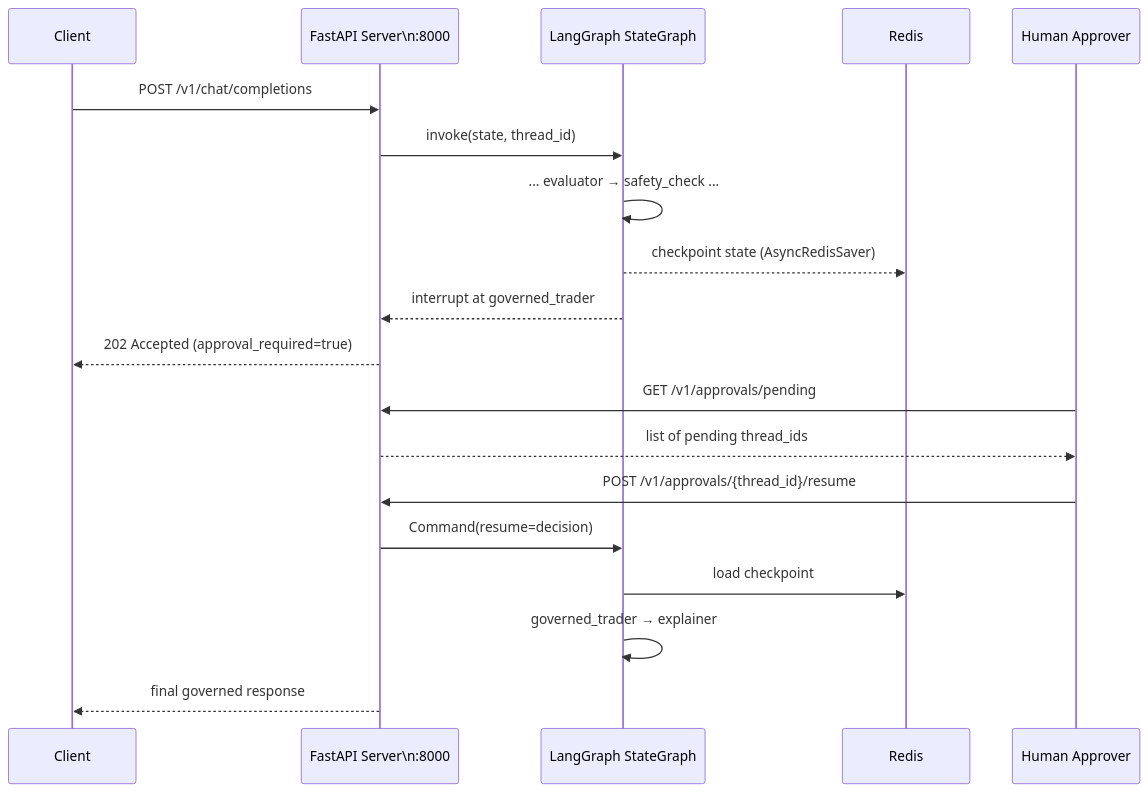
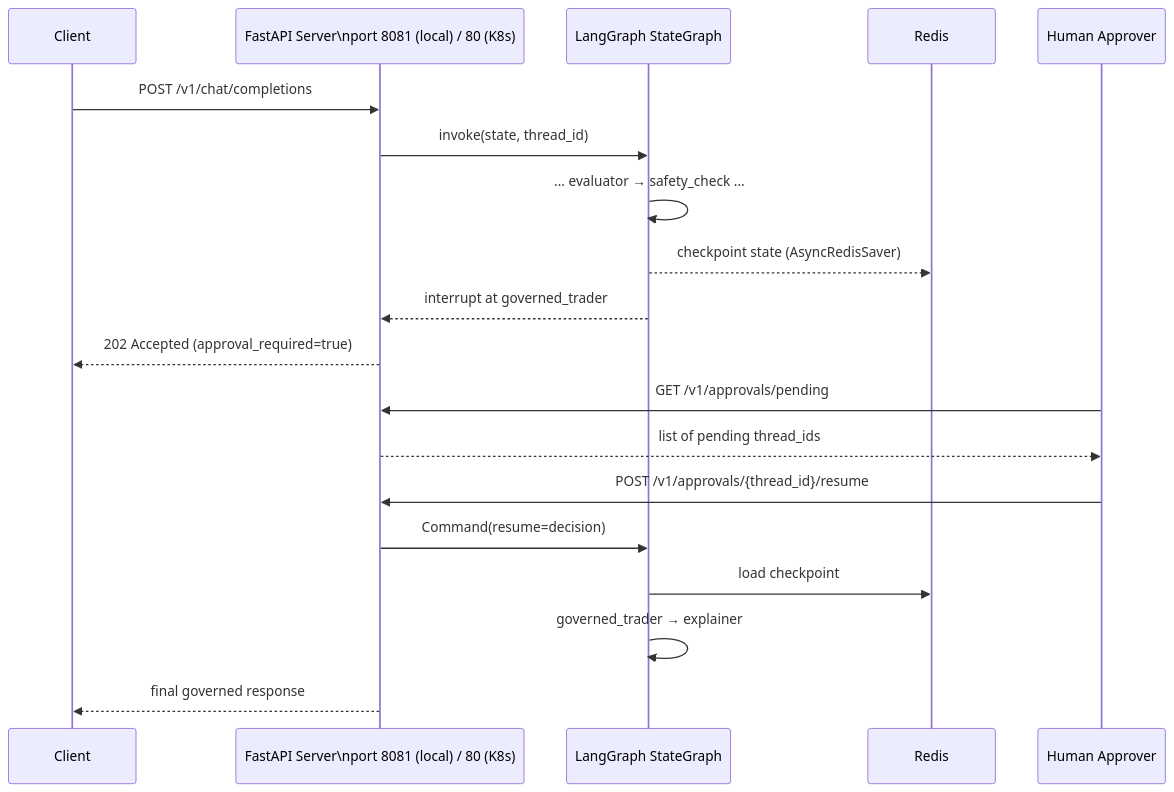
The third of 5 diagrams in docs/technical-report/02-ARCHITECTURE.md (google/cybernetic-agent-governance-engine), drawn with Mermaid before and after one commit. The commit also changed other lines of this file and 48 other files, not shown here.

````diff
--- a/docs/technical-report/02-ARCHITECTURE.md
+++ b/docs/technical-report/02-ARCHITECTURE.md
@@ -209,24 +209,24 @@
 ```mermaid
 sequenceDiagram
     participant Client
-    participant FastAPI as FastAPI Server\n:8000
+    participant FastAPI as FastAPI Server\nport 8081 (local) / 80 (K8s)
     participant Graph as LangGraph StateGraph
     participant Redis
     participant Human as Human Approver
 
     Client->>FastAPI: POST /v1/chat/completions
     FastAPI->>Graph: invoke(state, thread_id)
     Graph->>Graph: ... evaluator → safety_check ...
     Graph-->>Redis: checkpoint state (AsyncRedisSaver)
     Graph-->>FastAPI: interrupt at governed_trader
     FastAPI-->>Client: 202 Accepted (approval_required=true)
 
     Human->>FastAPI: GET /v1/approvals/pending
     FastAPI-->>Human: list of pending thread_ids
 
     Human->>FastAPI: POST /v1/approvals/{thread_id}/resume
     FastAPI->>Graph: Command(resume=decision)
     Graph->>Redis: load checkpoint
     Graph->>Graph: governed_trader → explainer
     FastAPI-->>Client: final governed response
 ```
````
